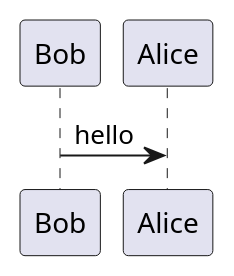
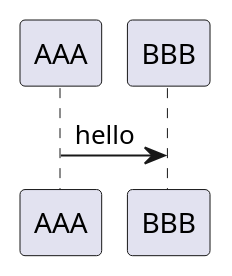
The diagram in source/_posts/Cgroup.md (ray-jk-hong/ray-jk-hong.github.io), drawn with PlantUML before and after one commit.

```diff
--- a/source/_posts/Cgroup.md
+++ b/source/_posts/Cgroup.md
@@ -10,3 +10,3 @@
 {% plantuml %}
-    Bob->Alice : hello
+    AAA->BBB : hello
 {% endplantuml %}
```
